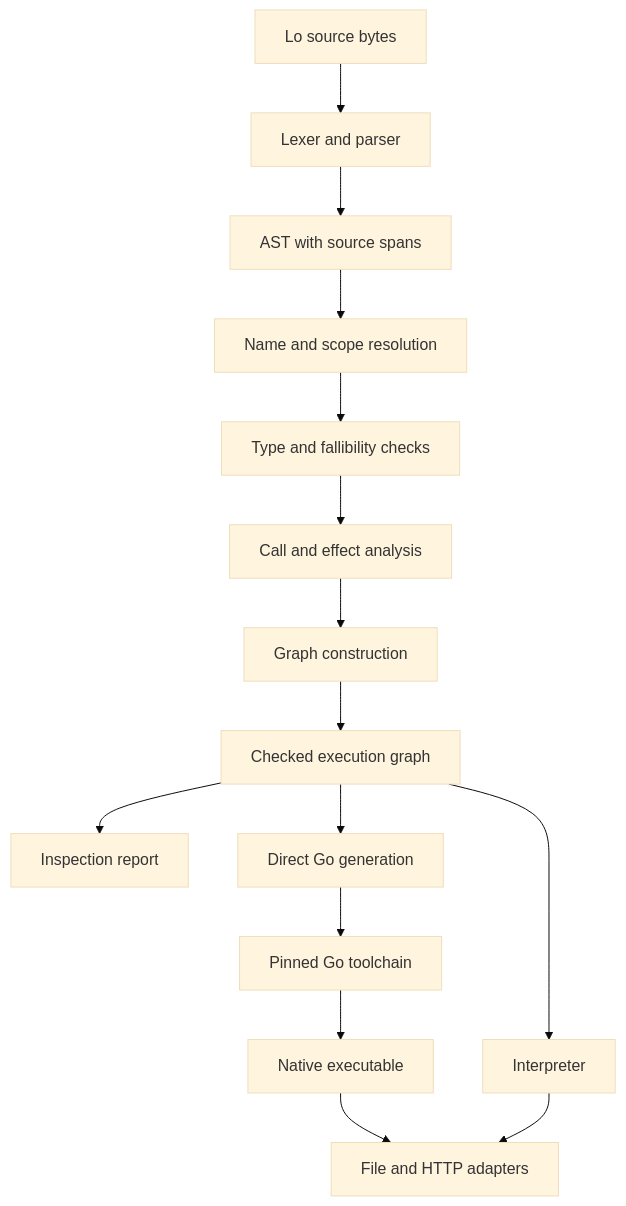
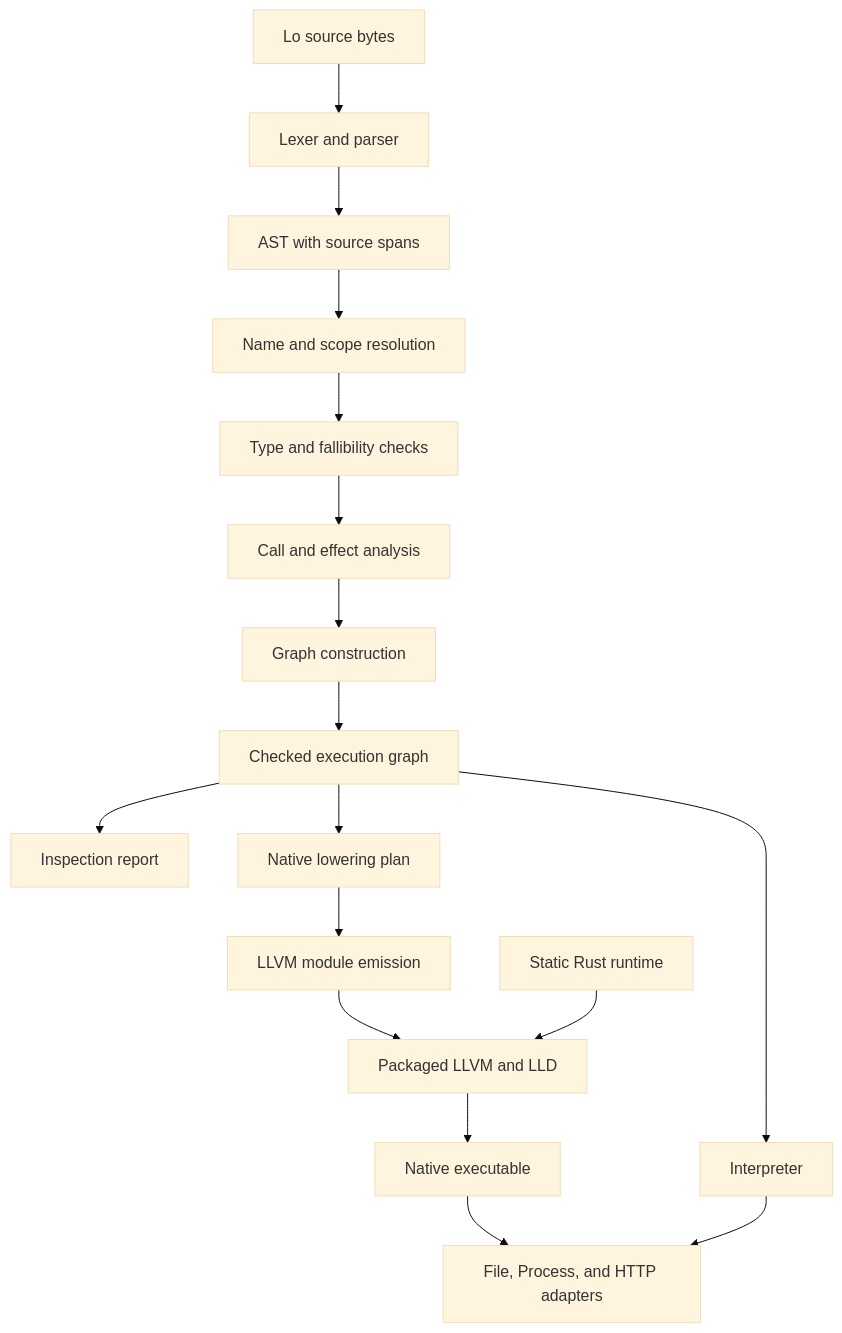
Before and after one commit to tyemirov/Lo: the diagram in docs/compiler-design.md, drawn with Mermaid (base theme). The commit also changed other lines of this file and 612 other files, not shown here.

First line of the commit message:
docs: add offline compiler distribution and LLVM native runtime

````diff
--- a/docs/compiler-design.md
+++ b/docs/compiler-design.md
@@ -159,17 +163,19 @@
 ```mermaid
 flowchart TD
     Source[Lo source bytes] --> Parse[Lexer and parser]
     Parse --> AST[AST with source spans]
     AST --> Resolve[Name and scope resolution]
     Resolve --> Check[Type and fallibility checks]
     Check --> Effects[Call and effect analysis]
     Effects --> Lower[Graph construction]
     Lower --> Graph[Checked execution graph]
     Graph --> Inspect[Inspection report]
     Graph --> Runtime[Interpreter]
-    Graph --> Generate[Direct Go generation]
-    Generate --> Build[Pinned Go toolchain]
+    Graph --> Plan[Native lowering plan]
+    Plan --> Generate[LLVM module emission]
+    Generate --> Build[Packaged LLVM and LLD]
+    RuntimeLibrary[Static Rust runtime] --> Build
     Build --> Native[Native executable]
     Native --> Adapters
-    Runtime --> Adapters[File and HTTP adapters]
+    Runtime --> Adapters[File, Process, and HTTP adapters]
 ```
````
